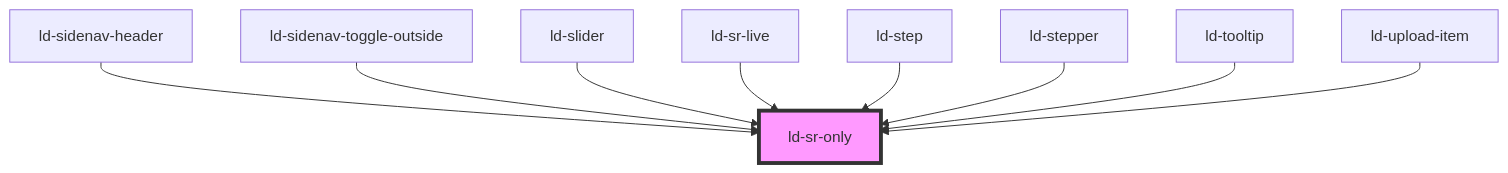
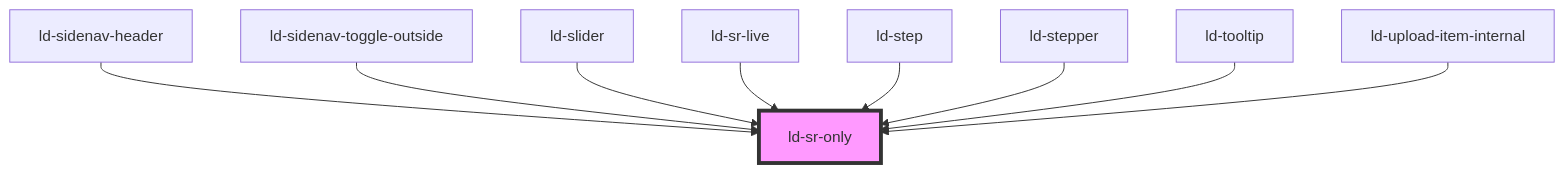
The diagram in src/liquid/components/ld-sr-only/readme.md (emdgroup-liquid/liquid), drawn with Mermaid before and after one commit. The commit also changed other lines of this file and 27 other files, not shown here.

Commit message:
fix(ld-file-upload): make sure internal components are internal

````diff
--- a/src/liquid/components/ld-sr-only/readme.md
+++ b/src/liquid/components/ld-sr-only/readme.md
@@ -60,12 +60,12 @@
 ```mermaid
 graph TD;
   ld-sidenav-header --> ld-sr-only
   ld-sidenav-toggle-outside --> ld-sr-only
   ld-slider --> ld-sr-only
   ld-sr-live --> ld-sr-only
   ld-step --> ld-sr-only
   ld-stepper --> ld-sr-only
   ld-tooltip --> ld-sr-only
-  ld-upload-item --> ld-sr-only
+  ld-upload-item-internal --> ld-sr-only
   style ld-sr-only fill:#f9f,stroke:#333,stroke-width:4px
 ```
````
